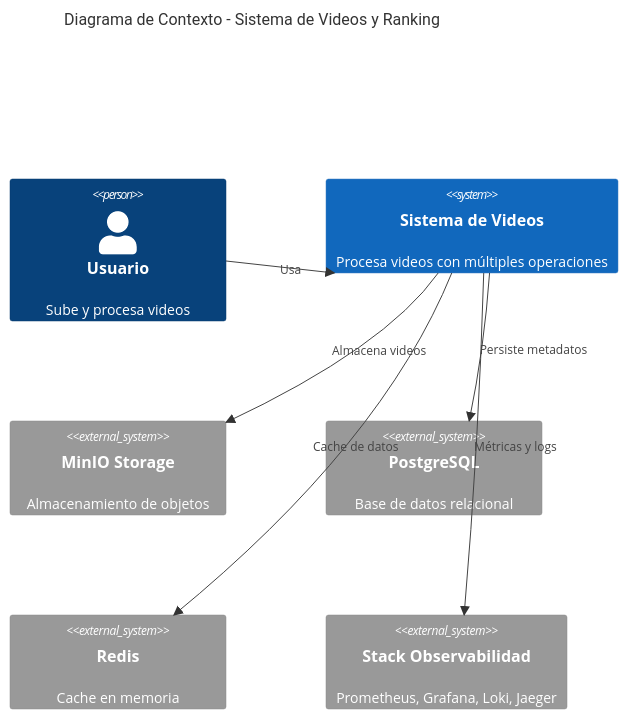
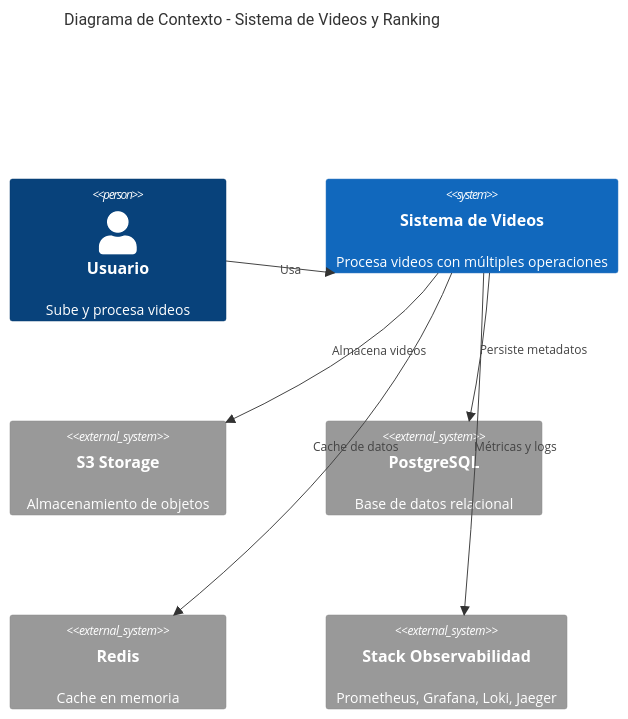
Before and after one commit to tatoand97/Sistema-de-Videos-y-Ranking: the second of 7 diagrams in README.md, drawn with Mermaid. The commit also changed other lines of this file and 62 other files, not shown here.

First line of the commit message:
Refactor storage to use S3 instead of MinIO

````diff
--- a/README.md
+++ b/README.md
@@ -130,18 +129,18 @@
 ```mermaid
 C4Context
     title Diagrama de Contexto - Sistema de Videos y Ranking
     
     Person(user, "Usuario", "Sube y procesa videos")
     System(videoSystem, "Sistema de Videos", "Procesa videos con múltiples operaciones")
     
-    System_Ext(storage, "MinIO Storage", "Almacenamiento de objetos")
+    System_Ext(storage, "S3 Storage", "Almacenamiento de objetos")
     System_Ext(database, "PostgreSQL", "Base de datos relacional")
     System_Ext(cache, "Redis", "Cache en memoria")
     System_Ext(monitoring, "Stack Observabilidad", "Prometheus, Grafana, Loki, Jaeger")
     
     Rel(user, videoSystem, "Usa")
     Rel(videoSystem, storage, "Almacena videos")
     Rel(videoSystem, database, "Persiste metadatos")
     Rel(videoSystem, cache, "Cache de datos")
     Rel(videoSystem, monitoring, "Métricas y logs")
 ```
````
